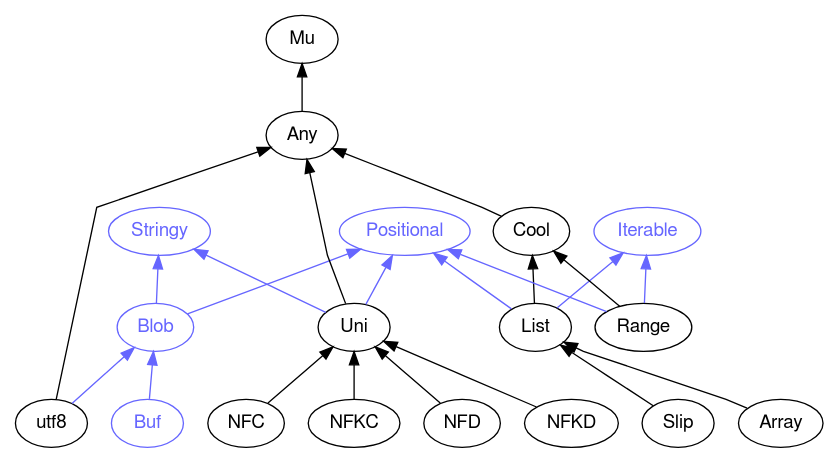
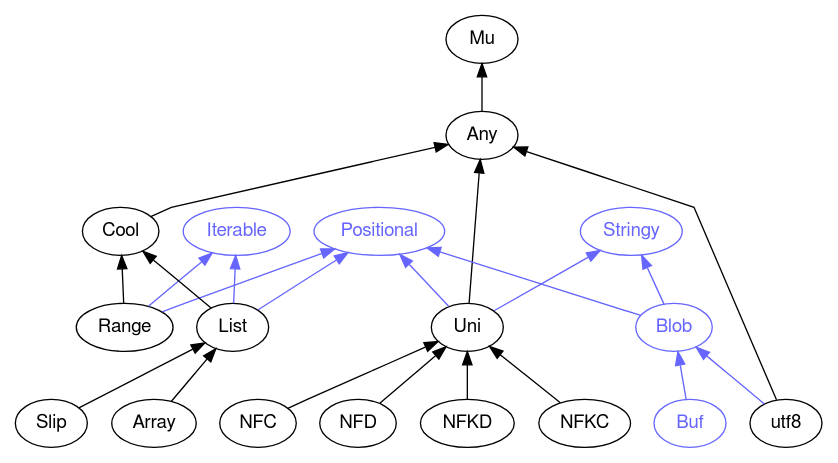
The diagram in images/type-graph-Positional.svg.dot (perl6docs/perl6docs.github.io), drawn with Graphviz before and after one commit. The commit also changed other lines of this file and 4446 other files, not shown here.

```diff
--- a/images/type-graph-Positional.svg.dot
+++ b/images/type-graph-Positional.svg.dot
@@ -1,50 +1,50 @@
 digraph "perl6-type-graph" {
     rankdir=BT;
     splines=polyline;
     overlap=false; 
     // Types
     "Positional" [color="#6666FF", fontcolor="#6666FF", href="/type/Positional", fontname="FreeSans"];
-    "Stringy" [color="#6666FF", fontcolor="#6666FF", href="/type/Stringy", fontname="FreeSans"];
-    "Blob" [color="#6666FF", fontcolor="#6666FF", href="/type/Blob", fontname="FreeSans"];
     "Mu" [color="#000000", fontcolor="#000000", href="/type/Mu", fontname="FreeSans"];
     "Any" [color="#000000", fontcolor="#000000", href="/type/Any", fontname="FreeSans"];
-    "Uni" [color="#000000", fontcolor="#000000", href="/type/Uni", fontname="FreeSans"];
     "Cool" [color="#000000", fontcolor="#000000", href="/type/Cool", fontname="FreeSans"];
     "Iterable" [color="#6666FF", fontcolor="#6666FF", href="/type/Iterable", fontname="FreeSans"];
+    "Range" [color="#000000", fontcolor="#000000", href="/type/Range", fontname="FreeSans"];
     "List" [color="#000000", fontcolor="#000000", href="/type/List", fontname="FreeSans"];
-    "Range" [color="#000000", fontcolor="#000000", href="/type/Range", fontname="FreeSans"];
+    "Stringy" [color="#6666FF", fontcolor="#6666FF", href="/type/Stringy", fontname="FreeSans"];
+    "Uni" [color="#000000", fontcolor="#000000", href="/type/Uni", fontname="FreeSans"];
+    "Blob" [color="#6666FF", fontcolor="#6666FF", href="/type/Blob", fontname="FreeSans"];
+    "Slip" [color="#000000", fontcolor="#000000", href="/type/Slip", fontname="FreeSans"];
+    "Array" [color="#000000", fontcolor="#000000", href="/type/Array", fontname="FreeSans"];
     "NFC" [color="#000000", fontcolor="#000000", href="/type/NFC", fontname="FreeSans"];
-    "NFKC" [color="#000000", fontcolor="#000000", href="/type/NFKC", fontname="FreeSans"];
     "NFD" [color="#000000", fontcolor="#000000", href="/type/NFD", fontname="FreeSans"];
     "NFKD" [color="#000000", fontcolor="#000000", href="/type/NFKD", fontname="FreeSans"];
-    "Slip" [color="#000000", fontcolor="#000000", href="/type/Slip", fontname="FreeSans"];
-    "Array" [color="#000000", fontcolor="#000000", href="/type/Array", fontname="FreeSans"];
+    "NFKC" [color="#000000", fontcolor="#000000", href="/type/NFKC", fontname="FreeSans"];
+    "Buf" [color="#6666FF", fontcolor="#6666FF", href="/type/Buf", fontname="FreeSans"];
     "utf8" [color="#000000", fontcolor="#000000", href="/type/utf8", fontname="FreeSans"];
-    "Buf" [color="#6666FF", fontcolor="#6666FF", href="/type/Buf", fontname="FreeSans"];
 
     // Superclasses
     "Any" -> "Mu" [color="#000000"];
+    "Cool" -> "Any" [color="#000000"];
+    "Range" -> "Cool" [color="#000000"];
+    "List" -> "Cool" [color="#000000"];
     "Uni" -> "Any" [color="#000000"];
-    "Cool" -> "Any" [color="#000000"];
-    "List" -> "Cool" [color="#000000"];
-    "Range" -> "Cool" [color="#000000"];
+    "Slip" -> "List" [color="#000000"];
+    "Array" -> "List" [color="#000000"];
     "NFC" -> "Uni" [color="#000000"];
-    "NFKC" -> "Uni" [color="#000000"];
     "NFD" -> "Uni" [color="#000000"];
     "NFKD" -> "Uni" [color="#000000"];
-    "Slip" -> "List" [color="#000000"];
-    "Array" -> "List" [color="#000000"];
+    "NFKC" -> "Uni" [color="#000000"];
     "utf8" -> "Any" [color="#000000"];
 
     // Roles
+    "Range" -> "Positional" [color="#6666FF"];
+    "Range" -> "Iterable" [color="#6666FF"];
+    "List" -> "Positional" [color="#6666FF"];
+    "List" -> "Iterable" [color="#6666FF"];
+    "Uni" -> "Positional" [color="#6666FF"];
+    "Uni" -> "Stringy" [color="#6666FF"];
     "Blob" -> "Positional" [color="#6666FF"];
     "Blob" -> "Stringy" [color="#6666FF"];
-    "Uni" -> "Positional" [color="#6666FF"];
-    "Uni" -> "Stringy" [color="#6666FF"];
-    "List" -> "Positional" [color="#6666FF"];
-    "List" -> "Iterable" [color="#6666FF"];
-    "Range" -> "Positional" [color="#6666FF"];
-    "Range" -> "Iterable" [color="#6666FF"];
+    "Buf" -> "Blob" [color="#6666FF"];
     "utf8" -> "Blob" [color="#6666FF"];
-    "Buf" -> "Blob" [color="#6666FF"];
 }
```
